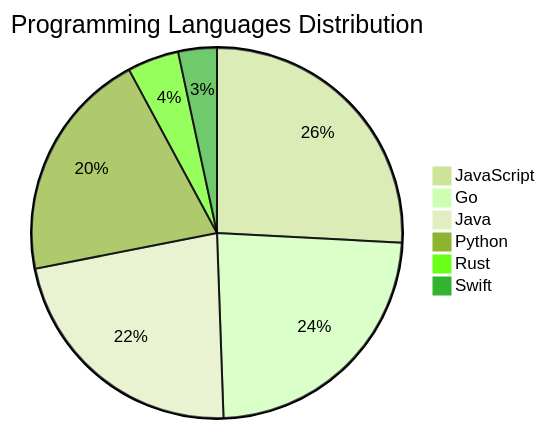
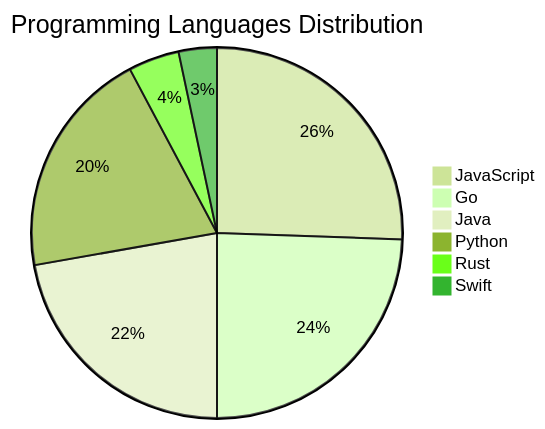
One commit to Derrick-MUGISHA/github-activity-bot changed the diagram in README.md. Above: the diagram before and after it, drawn with Mermaid (forest theme). The commit also changed other lines of this file and 3 other files, not shown here.

````diff
--- a/README.md
+++ b/README.md
@@ -72,9 +72,9 @@
 ```mermaid
 pie title Programming Languages Distribution
     "JavaScript" : 23
-    "Go" : 21
+    "Go" : 22
     "Java" : 20
     "Python" : 18
     "Rust" : 4
     "Swift" : 3
 ```
````
